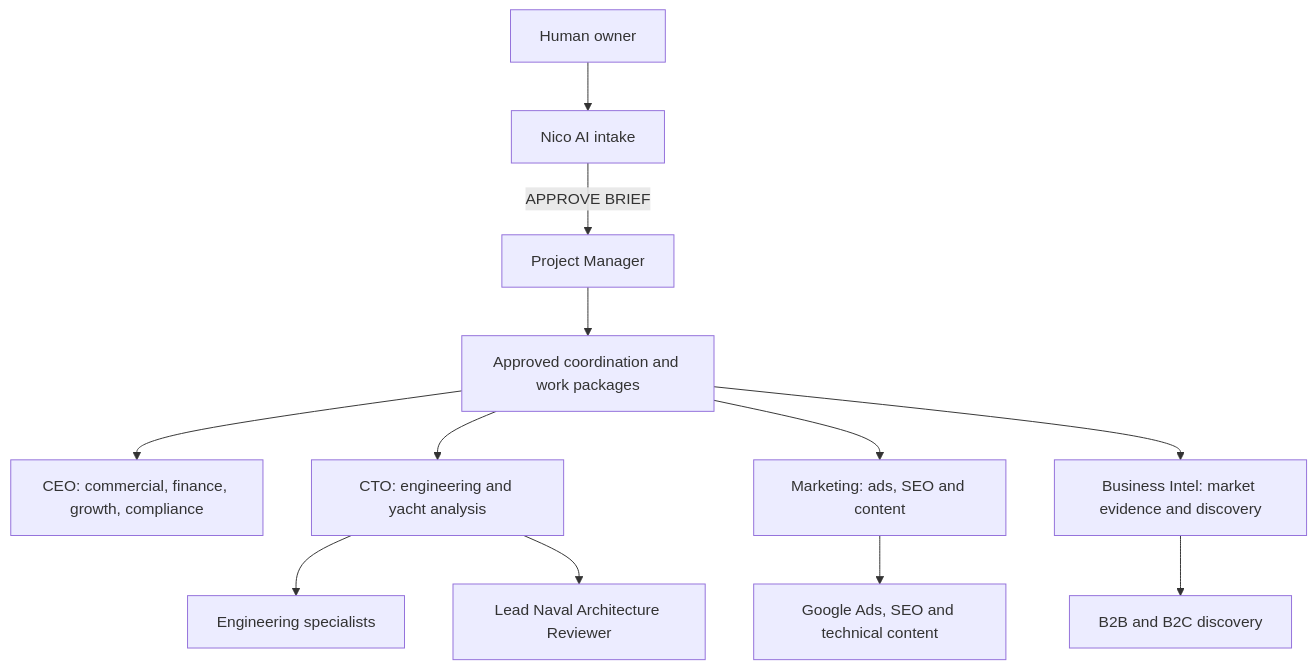
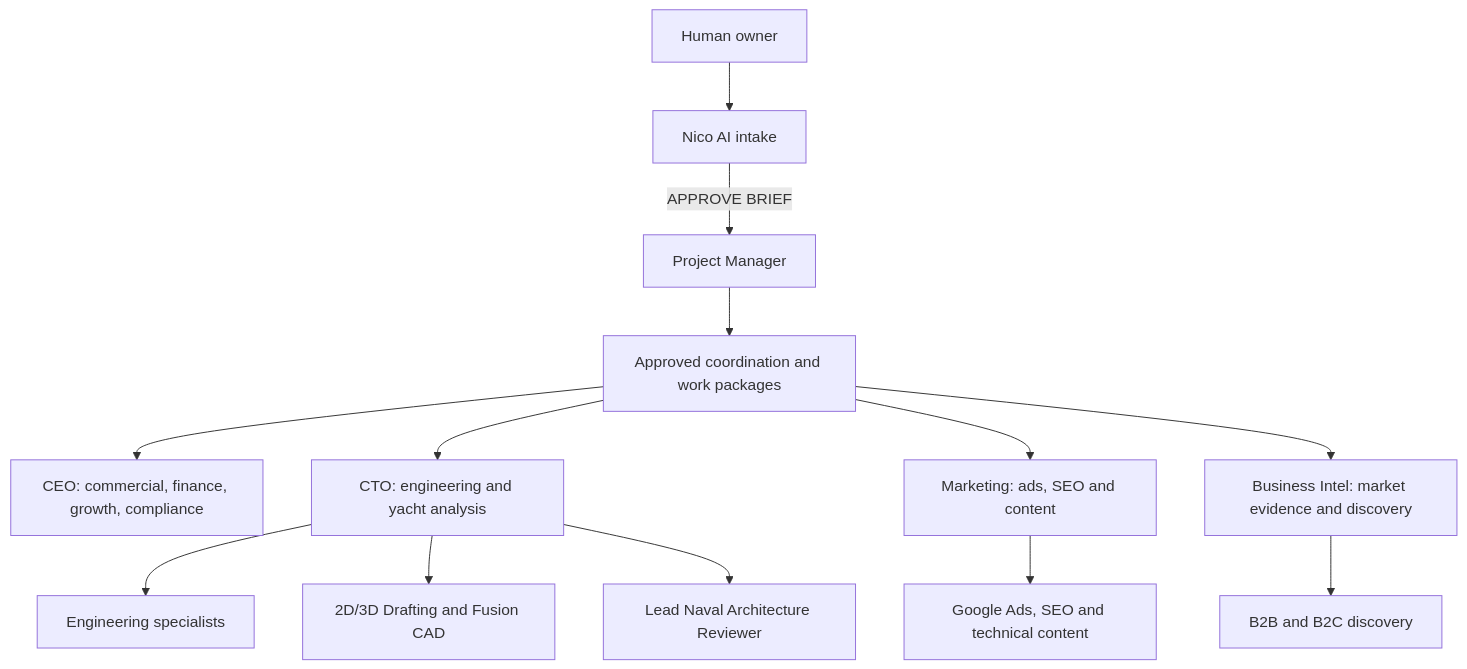
One commit to NicoMorfrac/vault changed the diagram in Morfrac/MORFRAC/001 - DASHBOARD AGENTS AND WORKFLOWS.md. Above: the diagram before and after it, drawn with Mermaid. The commit also changed other lines of this file and 6 other files, not shown here.

````diff
--- a/Morfrac/MORFRAC/001 - DASHBOARD AGENTS AND WORKFLOWS.md
+++ b/Morfrac/MORFRAC/001 - DASHBOARD AGENTS AND WORKFLOWS.md
@@ -54,14 +62,15 @@
 ```mermaid
 flowchart TD
     H[Human owner] --> N[Nico AI intake]
     N -->|APPROVE BRIEF| PM[Project Manager]
     PM --> C[Approved coordination and work packages]
     C --> CEO[CEO: commercial, finance, growth, compliance]
     C --> CTO[CTO: engineering and yacht analysis]
     C --> MKT[Marketing: ads, SEO and content]
     C --> BI[Business Intel: market evidence and discovery]
     CTO --> ENG[Engineering specialists]
+    CTO --> CAD[2D/3D Drafting and Fusion CAD]
     CTO --> YL[Lead Naval Architecture Reviewer]
     MKT --> SEO[Google Ads, SEO and technical content]
     BI --> DISC[B2B and B2C discovery]
 ```
````
